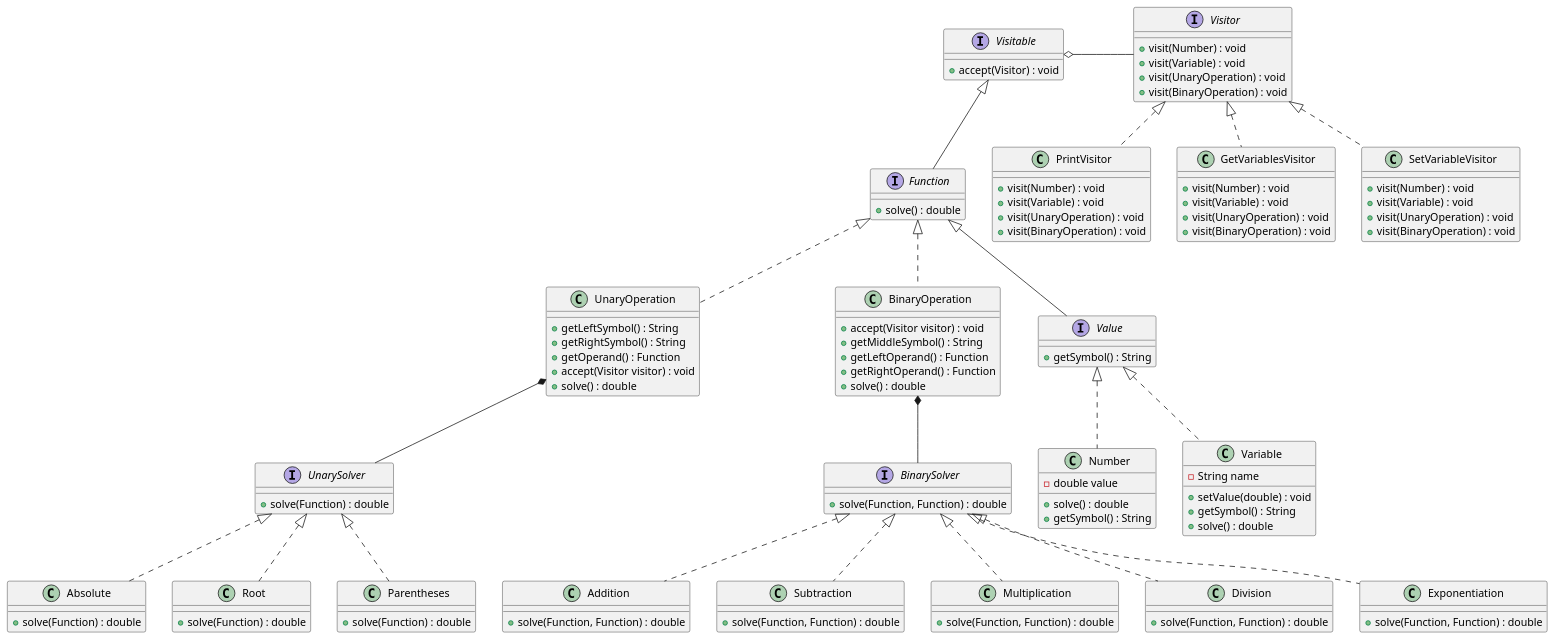
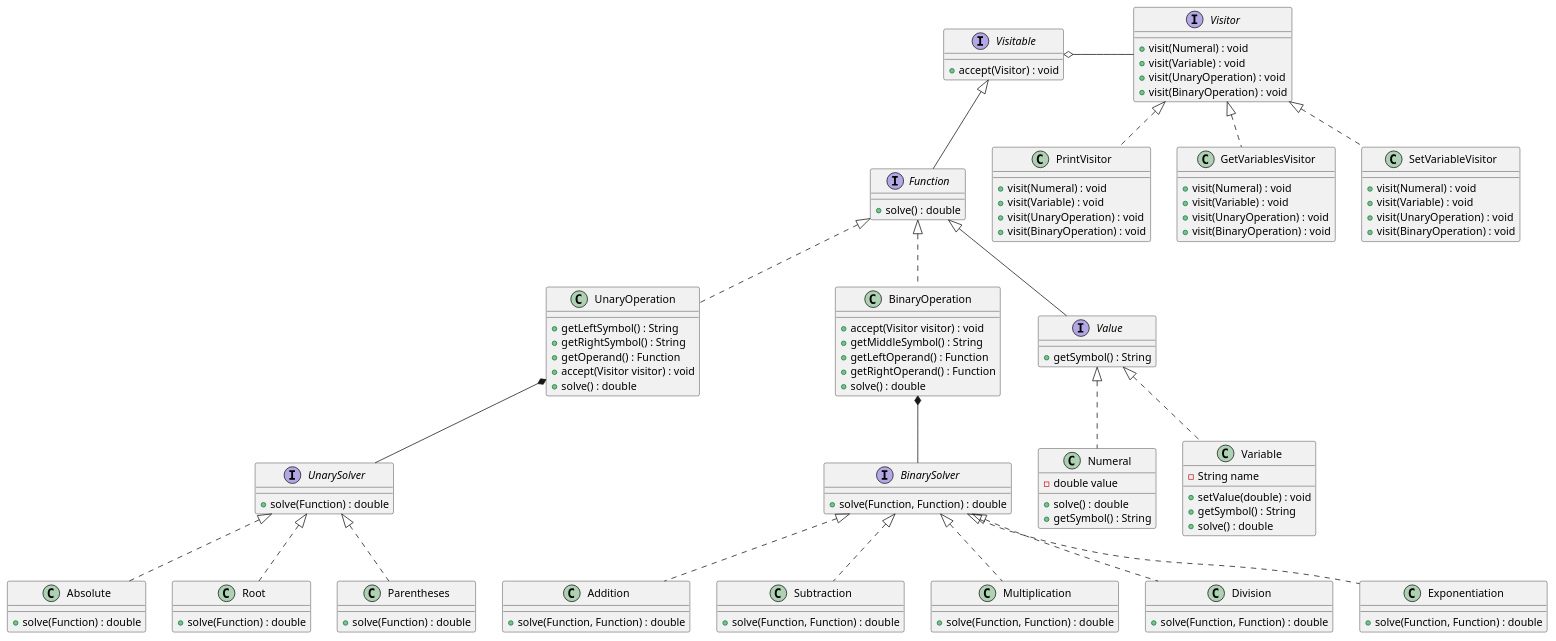
The diagram in diagrams/classv2.puml (austral-ingsis-classroom/formula-sasakiimarcos), drawn with PlantUML before and after one commit. The commit also changed 1 other file, not shown here.

Commit message:
diagram in pdf format

```diff
--- a/diagrams/classv2.puml
+++ b/diagrams/classv2.puml
@@ -1,117 +1,117 @@
 @startuml
 interface Visitor {
-    + visit(Number) : void
+    + visit(Numeral) : void
     + visit(Variable) : void
     + visit(UnaryOperation) : void
     + visit(BinaryOperation) : void
 }
 
 class PrintVisitor implements Visitor{
-    + visit(Number) : void
+    + visit(Numeral) : void
     + visit(Variable) : void
     + visit(UnaryOperation) : void
     + visit(BinaryOperation) : void
 }
 
 class GetVariablesVisitor implements Visitor{
-    + visit(Number) : void
+    + visit(Numeral) : void
     + visit(Variable) : void
     + visit(UnaryOperation) : void
     + visit(BinaryOperation) : void
 }
 
 class SetVariableVisitor implements Visitor{
-    + visit(Number) : void
+    + visit(Numeral) : void
     + visit(Variable) : void
     + visit(UnaryOperation) : void
     + visit(BinaryOperation) : void
 }
 
 Visitable o- Visitor
 
 interface Visitable {
     + accept(Visitor) : void
 }
 
 interface Function extends Visitable{
     + solve() : double
 }
 
 class UnaryOperation implements Function{
     + getLeftSymbol() : String
     + getRightSymbol() : String
     + getOperand() : Function
     + accept(Visitor visitor) : void
     + solve() : double
 }
 
 UnaryOperation *-- UnarySolver
 
 interface UnarySolver{
     + solve(Function) : double
 }
 
 class Absolute implements UnarySolver{
     + solve(Function) : double
 }
 
 class Root implements UnarySolver{
     + solve(Function) : double
 }
 
 class Parentheses implements UnarySolver{
     + solve(Function) : double
 }
 
 class BinaryOperation implements Function{
     + accept(Visitor visitor) : void
     + getMiddleSymbol() : String
     + getLeftOperand() : Function
     + getRightOperand() : Function
     + solve() : double
 }
 
 BinaryOperation *-- BinarySolver
 
 interface BinarySolver{
     + solve(Function, Function) : double
 }
 
 class Addition implements BinarySolver{
     + solve(Function, Function) : double
 }
 
 class Subtraction implements BinarySolver{
     + solve(Function, Function) : double
 }
 
 class Multiplication implements BinarySolver{
     + solve(Function, Function) : double
 }
 
 class Division implements BinarySolver{
     + solve(Function, Function) : double
 }
 
 class Exponentiation implements BinarySolver{
     + solve(Function, Function) : double
 }
 
 interface Value extends Function{
     + getSymbol() : String
 }
 
-class Number implements Value{
+class Numeral implements Value{
     -double value
     + solve() : double
     + getSymbol() : String
 }
 
 class Variable implements Value{
     - String name
     + setValue(double) : void
     + getSymbol() : String
     + solve() : double
 }
 
 @enduml
```
